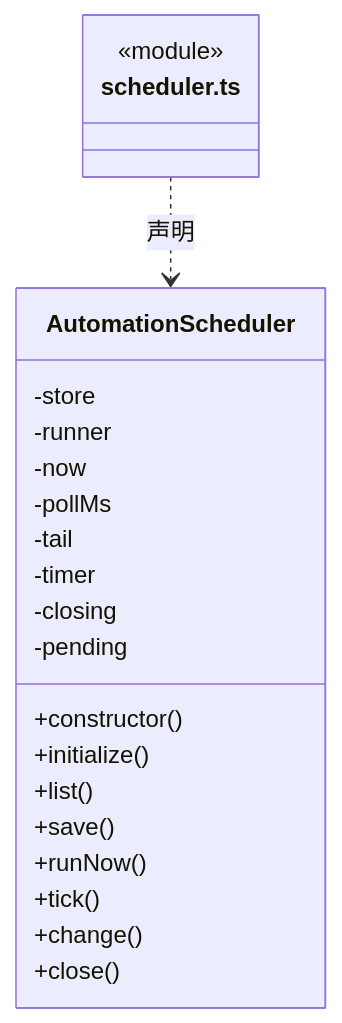
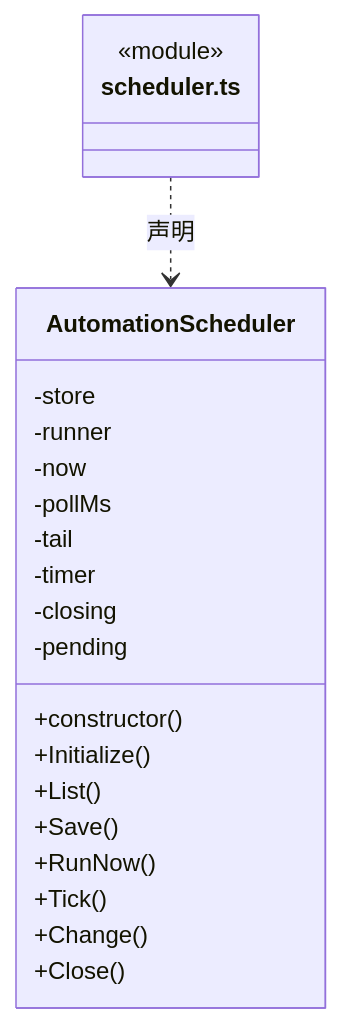
The first of 2 diagrams in src/logic/automation/runtime/ARCHITECTURE.md (nan023062/cbim), drawn with Mermaid before and after one commit. The commit also changed other lines of this file and 1035 other files, not shown here.

````diff
--- a/src/logic/automation/runtime/ARCHITECTURE.md
+++ b/src/logic/automation/runtime/ARCHITECTURE.md
@@ -25,25 +25,25 @@
 ```mermaid
 classDiagram
 class N_src_logic_automation_runtime_scheduler_ts["scheduler.ts"] {
   <<module>>
 }
 class N_src_logic_automation_runtime_scheduler_ts_AutomationScheduler["AutomationScheduler"] {
   +constructor()
-  +initialize()
-  +list()
-  +save()
-  +runNow()
-  +tick()
-  +change()
-  +close()
+  +Initialize()
+  +List()
+  +Save()
+  +RunNow()
+  +Tick()
+  +Change()
+  +Close()
   -store
   -runner
   -now
   -pollMs
   -tail
   -timer
   -closing
   -pending
 }
 N_src_logic_automation_runtime_scheduler_ts ..> N_src_logic_automation_runtime_scheduler_ts_AutomationScheduler : 声明
 ```
````
